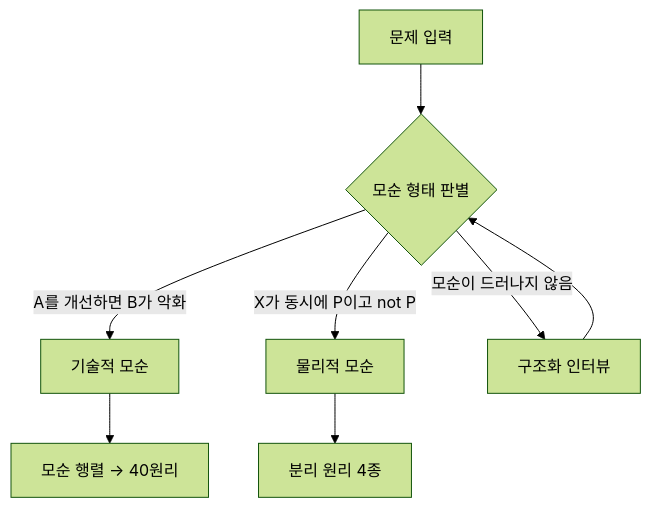
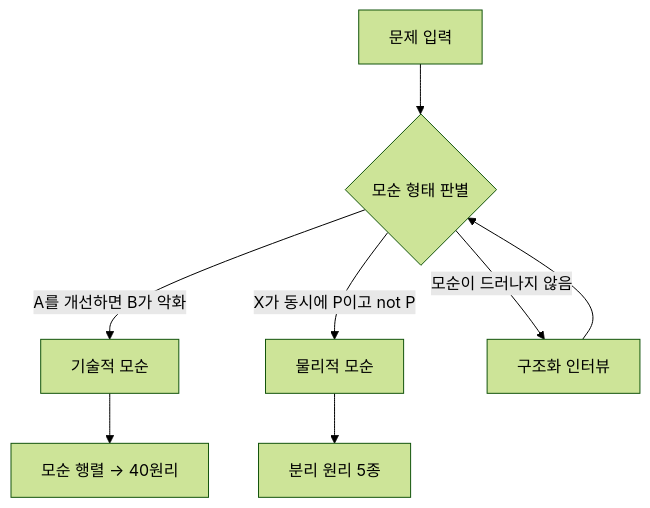
The second of 2 diagrams in docs/DESIGN.md (seogineer/triz-decider), drawn with Mermaid (forest theme) before and after one commit. The commit also changed other lines of this file and 5 other files, not shown here.

````diff
--- a/docs/DESIGN.md
+++ b/docs/DESIGN.md
@@ -93,10 +93,10 @@
 ```mermaid
 flowchart TD
     A[문제 입력] --> B{모순 형태 판별}
     B -->|A를 개선하면 B가 악화| C[기술적 모순]
     B -->|X가 동시에 P이고 not P| D[물리적 모순]
     B -->|모순이 드러나지 않음| E[구조화 인터뷰]
     E --> B
     C --> F[모순 행렬 → 40원리]
-    D --> G[분리 원리 4종]
+    D --> G[분리 원리 5종]
 ```
````
